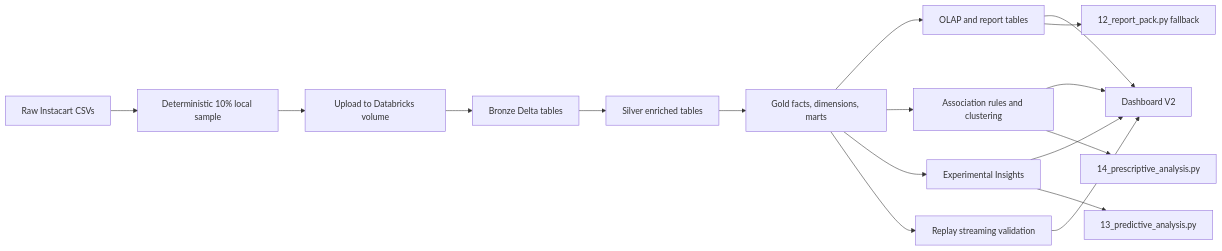
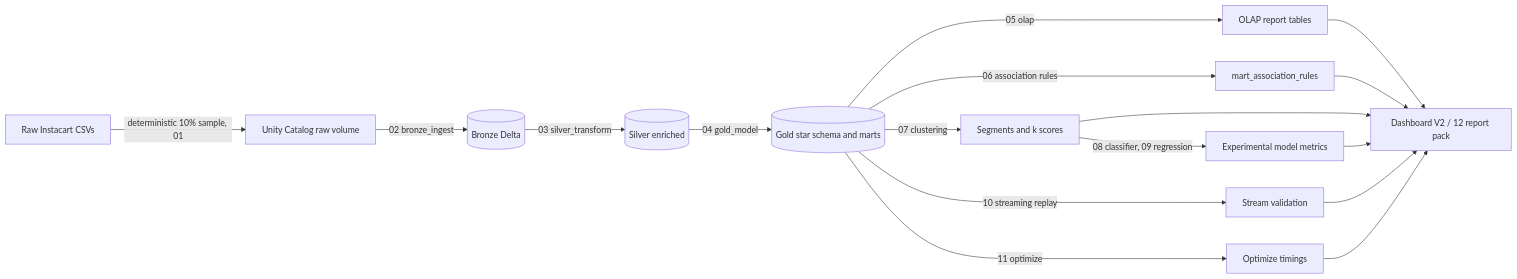
One commit to The-Harsh-Vardhan/RetailPulse changed the diagram in README.md. Above: the diagram before and after it, drawn with Mermaid. The commit also changed other lines of this file and 1 other file, not shown here.

First line of the commit message:
docs: refresh README with accurate task-level architecture diagram and results table

````diff
--- a/README.md
+++ b/README.md
@@ -87,19 +31,19 @@
 ```mermaid
 flowchart LR
-    A[Raw Instacart CSVs] --> B[Deterministic 10% local sample]
-    B --> C[Upload to Databricks volume]
-    C --> D[Bronze Delta tables]
-    D --> E[Silver enriched tables]
-    E --> F[Gold facts, dimensions, marts]
-    F --> G[OLAP and report tables]
-    F --> H[Association rules and clustering]
-    F --> I[Experimental Insights]
-    F --> J[Replay streaming validation]
-    G --> K[Dashboard V2]
-    H --> K
-    I --> K
-    J --> K
-    G --> L[12_report_pack.py fallback]
-    I --> M[13_predictive_analysis.py]
-    H --> N[14_prescriptive_analysis.py]
+    A[Raw Instacart CSVs] -->|deterministic 10% sample, 01| B[Unity Catalog raw volume]
+    B -->|02 bronze_ingest| C[(Bronze Delta)]
+    C -->|03 silver_transform| D[(Silver enriched)]
+    D -->|04 gold_model| E[(Gold star schema and marts)]
+    E -->|05 olap| F[OLAP report tables]
+    E -->|06 association rules| G[mart_association_rules]
+    E -->|07 clustering| H[Segments and k scores]
+    H -->|08 classifier, 09 regression| I[Experimental model metrics]
+    E -->|10 streaming replay| J[Stream validation]
+    E -->|11 optimize| K[Optimize timings]
+    F --> L[Dashboard V2 / 12 report pack]
+    G --> L
+    H --> L
+    I --> L
+    J --> L
+    K --> L
 ```
````
